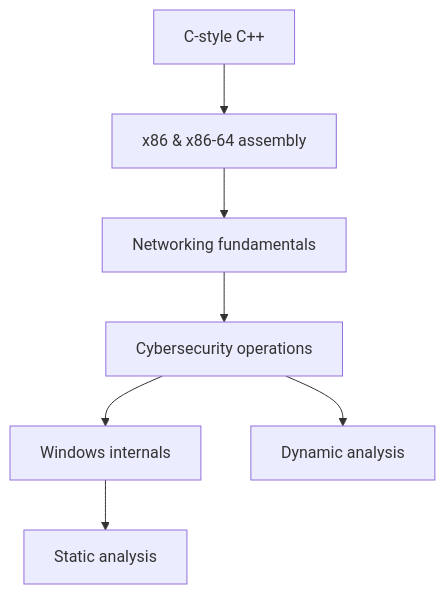
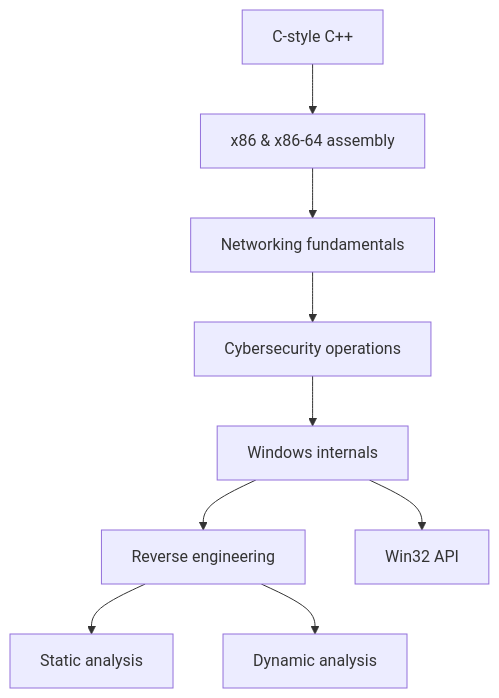
Before and after one commit to grimy86/CCI25: the diagram in readme.md, drawn with Mermaid. The commit also changed other lines of this file, not shown here.

````diff
--- a/readme.md
+++ b/readme.md
@@ -15,9 +15,11 @@
 ```mermaid
 graph TD;
 	cpp[C-style C++] --> x86-64[x86 & x86-64 assembly]
 	x86-64 --> nf[Networking fundamentals]
     nf --> csec[Cybersecurity operations]
 	csec --> winint[Windows internals]
-	csec --> da[Dynamic analysis]
-	winint --> sa[Static analysis]
+	winint --> re[Reverse engineering]
+	winint --> api[Win32 API]
+	re --> sa[Static analysis]
+	re --> da[Dynamic analysis]
 ```
````
